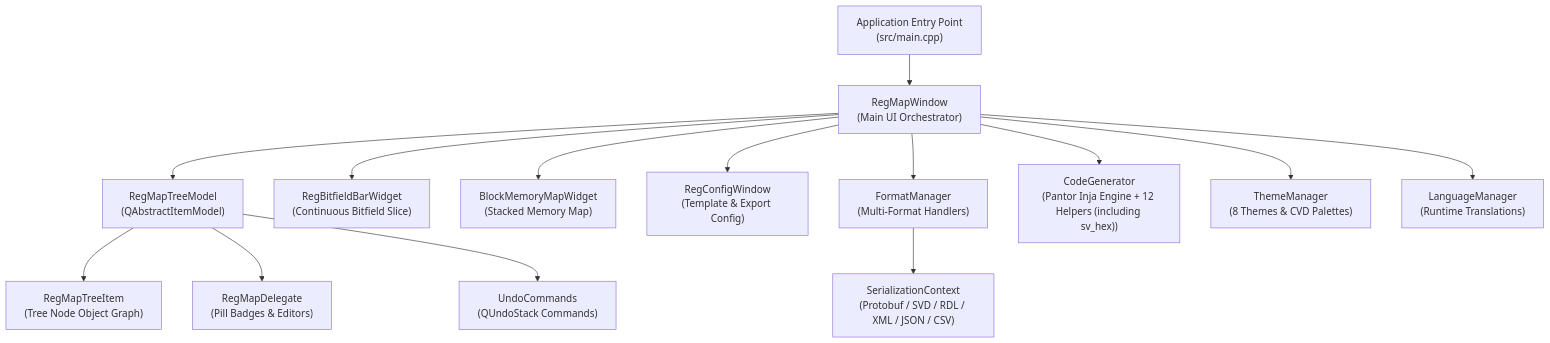
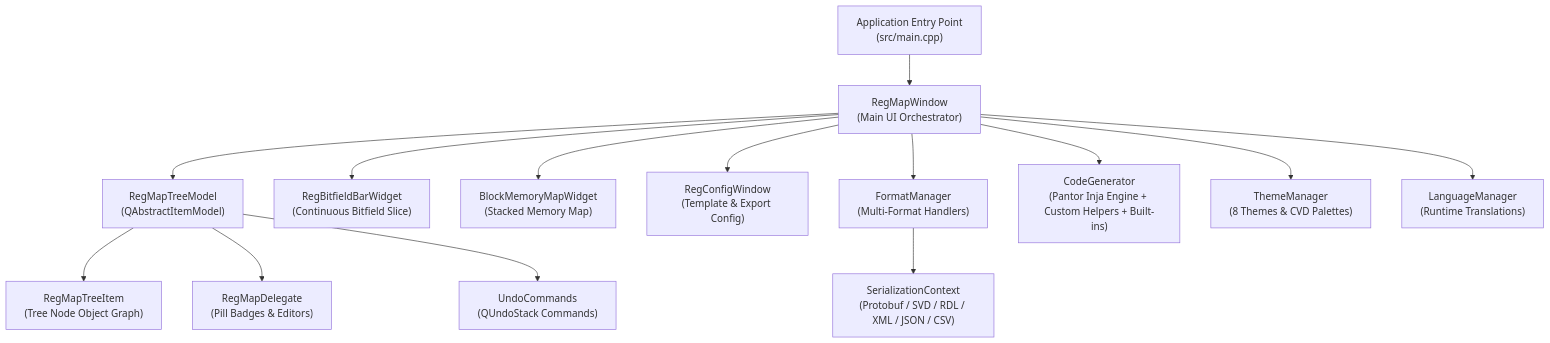
The diagram in docs/dev/index.md (zkalves/rmap), drawn with Mermaid before and after one commit. The commit also changed other lines of this file and 31 other files, not shown here.

````diff
--- a/docs/dev/index.md
+++ b/docs/dev/index.md
@@ -45,20 +45,20 @@
 ```mermaid
 flowchart TD
     MAIN["Application Entry Point\n(src/main.cpp)"] --> WIN["RegMapWindow\n(Main UI Orchestrator)"]
     WIN --> MODEL["RegMapTreeModel\n(QAbstractItemModel)"]
     WIN --> VIZ1["RegBitfieldBarWidget\n(Continuous Bitfield Slice)"]
     WIN --> VIZ2["BlockMemoryMapWidget\n(Stacked Memory Map)"]
     WIN --> CFG["RegConfigWindow\n(Template & Export Config)"]
     
     MODEL --> ITEM["RegMapTreeItem\n(Tree Node Object Graph)"]
     MODEL --> DELEGATE["RegMapDelegate\n(Pill Badges & Editors)"]
     MODEL --> UNDO["UndoCommands\n(QUndoStack Commands)"]
     
     WIN --> FMT["FormatManager\n(Multi-Format Handlers)"]
     FMT --> SER["SerializationContext\n(Protobuf / SVD / RDL / XML / JSON / CSV)"]
     
-    WIN --> CODEGEN["CodeGenerator\n(Pantor Inja Engine + 12 Helpers (including sv_hex))"]
+    WIN --> CODEGEN["CodeGenerator\n(Pantor Inja Engine + Custom Helpers + Built-ins)"]
     
     WIN --> THEME["ThemeManager\n(8 Themes & CVD Palettes)"]
     WIN --> LANG["LanguageManager\n(Runtime Translations)"]
 ```
````
